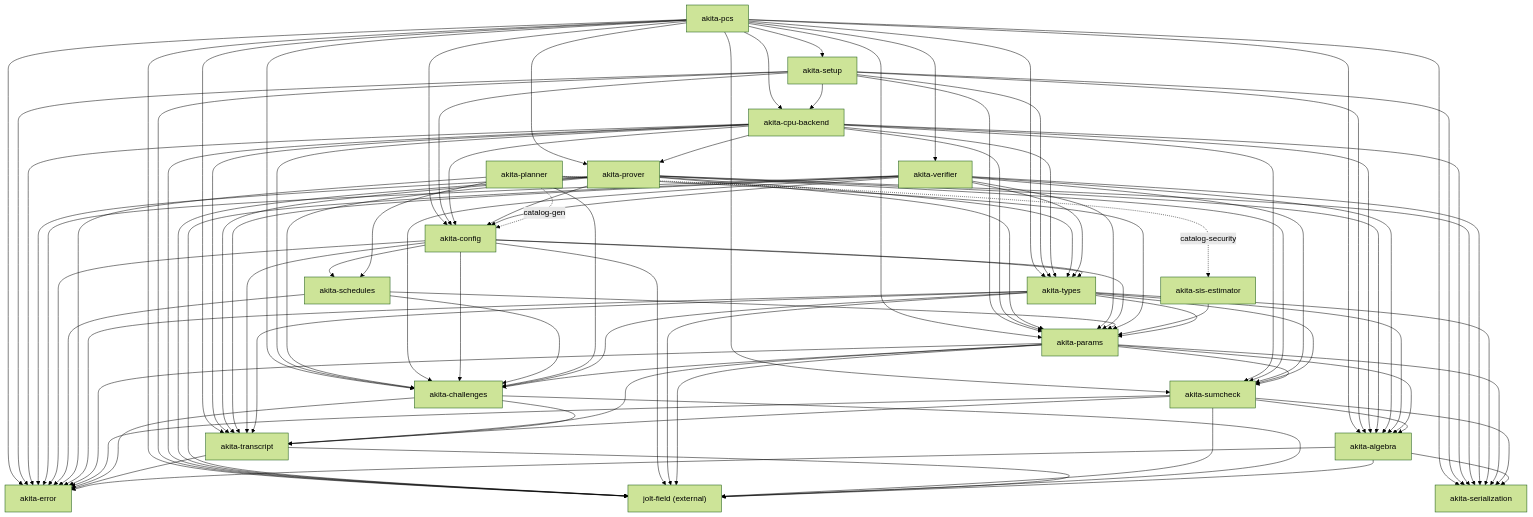
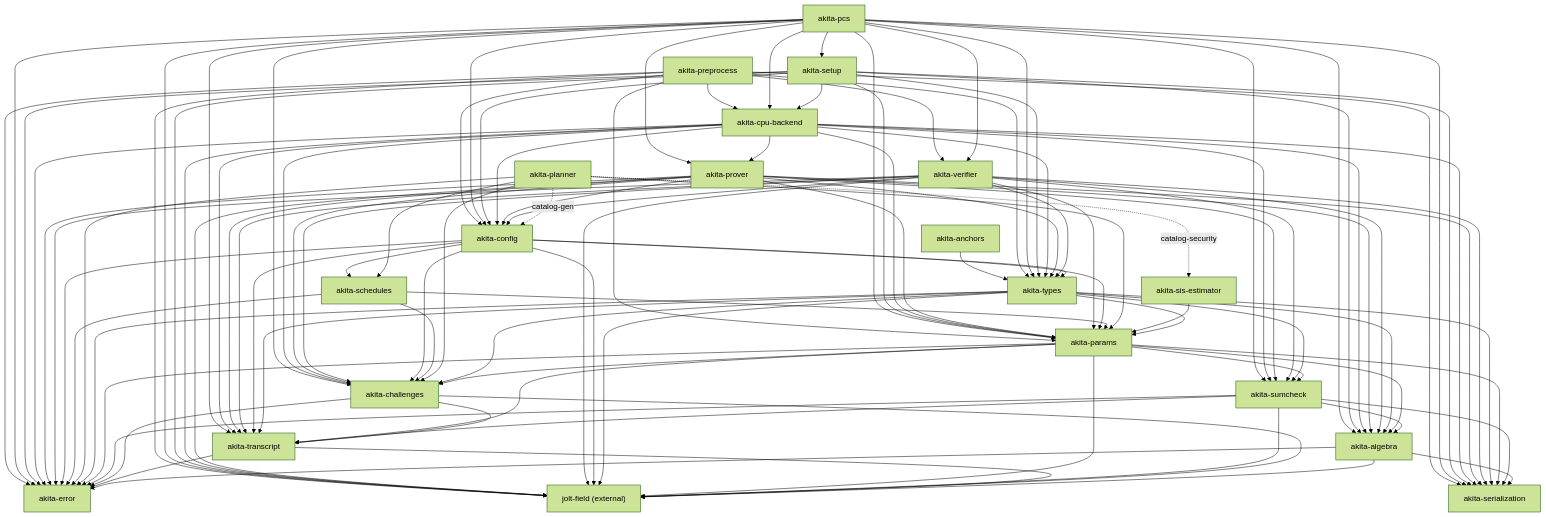
The diagram in docs/crate-graph.md (LayerZero-Labs/akita), drawn with Mermaid (forest theme) before and after one commit. The commit also changed other lines of this file and 148 other files, not shown here.

````diff
--- a/docs/crate-graph.md
+++ b/docs/crate-graph.md
@@ -53,6 +55,8 @@
   Prover["akita-prover"]
   Cpu["akita-cpu-backend"]
   Setup["akita-setup"]
+  Preprocess["akita-preprocess"]
+  Anchors["akita-anchors"]
   Pcs["akita-pcs"]
 
   Algebra --> Error
@@ -153,4 +157,13 @@
   Pcs --> Transcript
   Pcs --> Types
   Pcs --> Verifier
+  Preprocess --> Config
+  Preprocess --> Cpu
+  Preprocess --> Error
+  Preprocess --> Field
+  Preprocess --> Params
+  Preprocess --> Ser
+  Preprocess --> Types
+  Preprocess --> Verifier
+  Anchors --> Types
 ```
````
